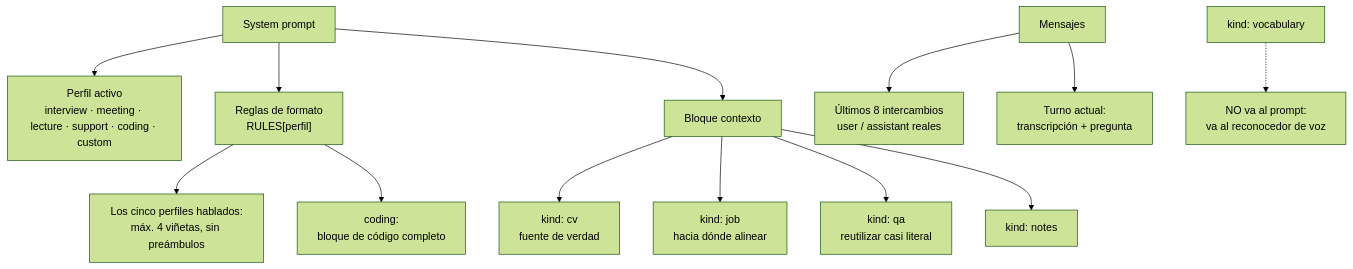
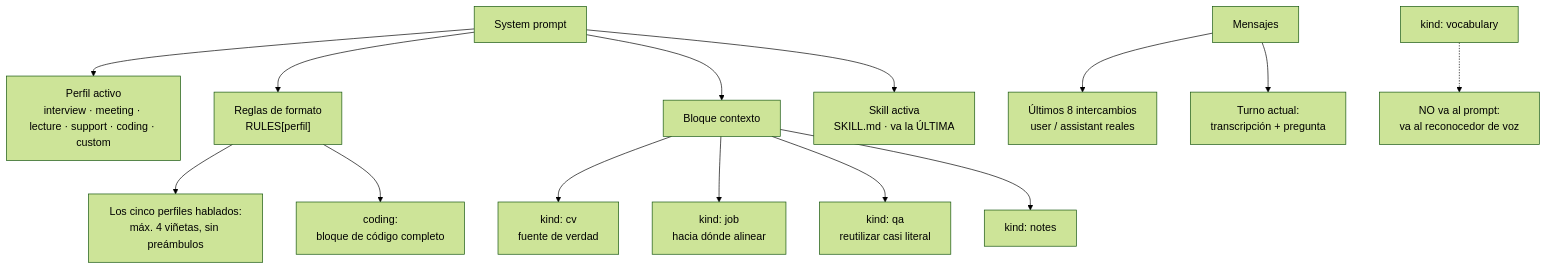
The fifth of 7 diagrams in ARCHITECTURE.md (cflarios/Tayori), drawn with Mermaid (forest theme) before and after one commit. The commit also changed other lines of this file and 19 other files, not shown here.

````diff
--- a/ARCHITECTURE.md
+++ b/ARCHITECTURE.md
@@ -201,19 +201,21 @@
 ```mermaid
 flowchart TB
     SYS["System prompt"]
     SYS --> P["Perfil activo<br/>interview · meeting · lecture · support · coding · custom"]
     SYS --> R["Reglas de formato<br/>RULES[perfil]"]
     R --> RA["Los cinco perfiles hablados:<br/>máx. 4 viñetas, sin preámbulos"]
     R --> RB["coding:<br/>bloque de código completo"]
     SYS --> CTX["Bloque contexto"]
 
     CTX --> CV["kind: cv<br/>fuente de verdad"]
     CTX --> JOB["kind: job<br/>hacia dónde alinear"]
     CTX --> QA["kind: qa<br/>reutilizar casi literal"]
     CTX --> NOTES["kind: notes"]
 
+    SYS --> SKILL["Skill activa<br/>SKILL.md · va la ÚLTIMA"]
+
     MSG["Mensajes"] --> HIST["Últimos 8 intercambios<br/>user / assistant reales"]
     MSG --> NOW["Turno actual:<br/>transcripción + pregunta"]
 
     VOC["kind: vocabulary"] -.-> ASR["NO va al prompt:<br/>va al reconocedor de voz"]
 ```
````
